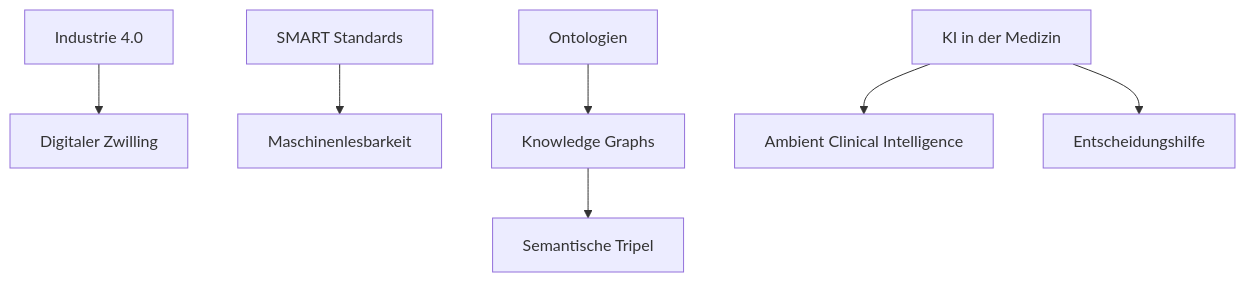
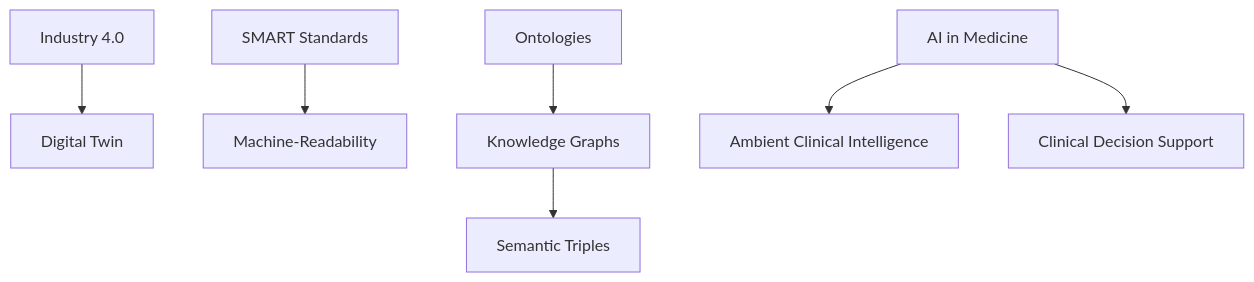
Before and after one commit to roger-infanger-weibel/ghostwriter.ai: the seventh of 19 diagrams in glossary/rendered/AI-Glossary.md, drawn with Mermaid. The commit also changed other lines of this file and 24 other files, not shown here.

````diff
--- a/glossary/rendered/AI-Glossary.md
+++ b/glossary/rendered/AI-Glossary.md
@@ -228,12 +228,12 @@
 ```mermaid
 graph TD
-    I40[Industrie 4.0] --> DZ[Digitaler Zwilling]
-    
-    Norm[SMART Standards] --> Machine[Maschinenlesbarkeit]
-    
-    Ont[Ontologien] --> KG[Knowledge Graphs]
-    KG --> Triple[Semantische Tripel]
-    
-    Med[KI in der Medizin] --> ACI[Ambient Clinical Intelligence]
-    Med --> CDSS[Entscheidungshilfe]
+    I40[Industry 4.0] --> DZ[Digital Twin]
+
+    Norm[SMART Standards] --> Machine[Machine-Readability]
+
+    Ont[Ontologies] --> KG[Knowledge Graphs]
+    KG --> Triple[Semantic Triples]
+
+    Med[AI in Medicine] --> ACI[Ambient Clinical Intelligence]
+    Med --> CDSS[Clinical Decision Support]
 ```
````
